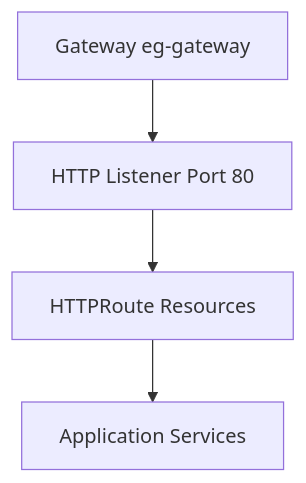
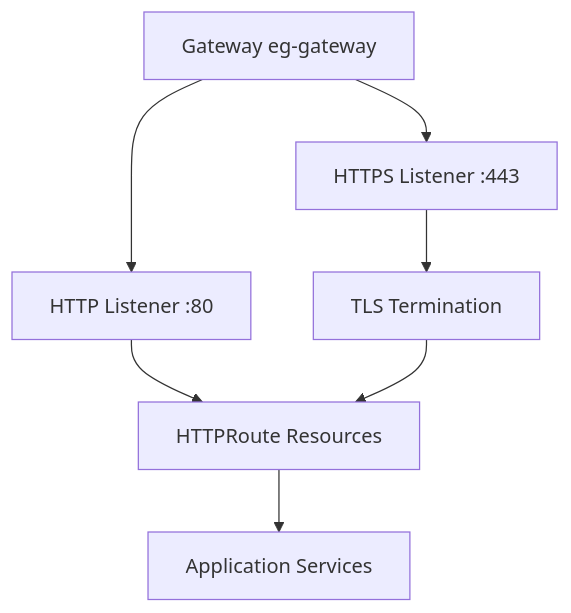
Before and after one commit to ahmed-sayed-devops/microservices-platform-gitops: the fifth of 18 diagrams in docs/03-gateway-api/README.md, drawn with Mermaid. The commit also changed other lines of this file, not shown here.

Commit message:
docs: update Gateway API documentation with TLS

````diff
--- a/docs/03-gateway-api/README.md
+++ b/docs/03-gateway-api/README.md
@@ -259,11 +295,16 @@
 ```mermaid
 graph TD
     Gateway[Gateway eg-gateway]
-    Listener[HTTP Listener Port 80]
+    HTTP[HTTP Listener :80]
+    HTTPS[HTTPS Listener :443]
+    TLS[TLS Termination]
     Routes[HTTPRoute Resources]
     Services[Application Services]
 
-    Gateway --> Listener
-    Listener --> Routes
+    Gateway --> HTTP
+    Gateway --> HTTPS
+    HTTPS --> TLS
+    HTTP --> Routes
+    TLS --> Routes
     Routes --> Services
 ```
````
